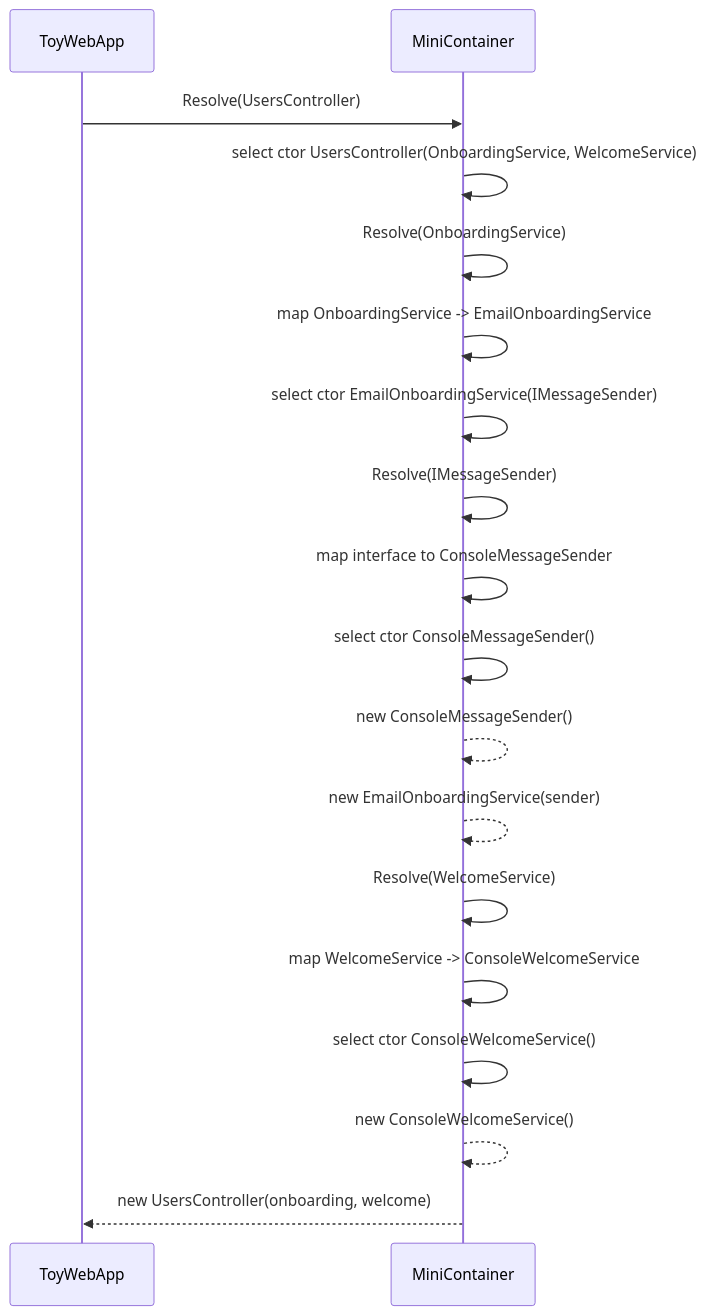
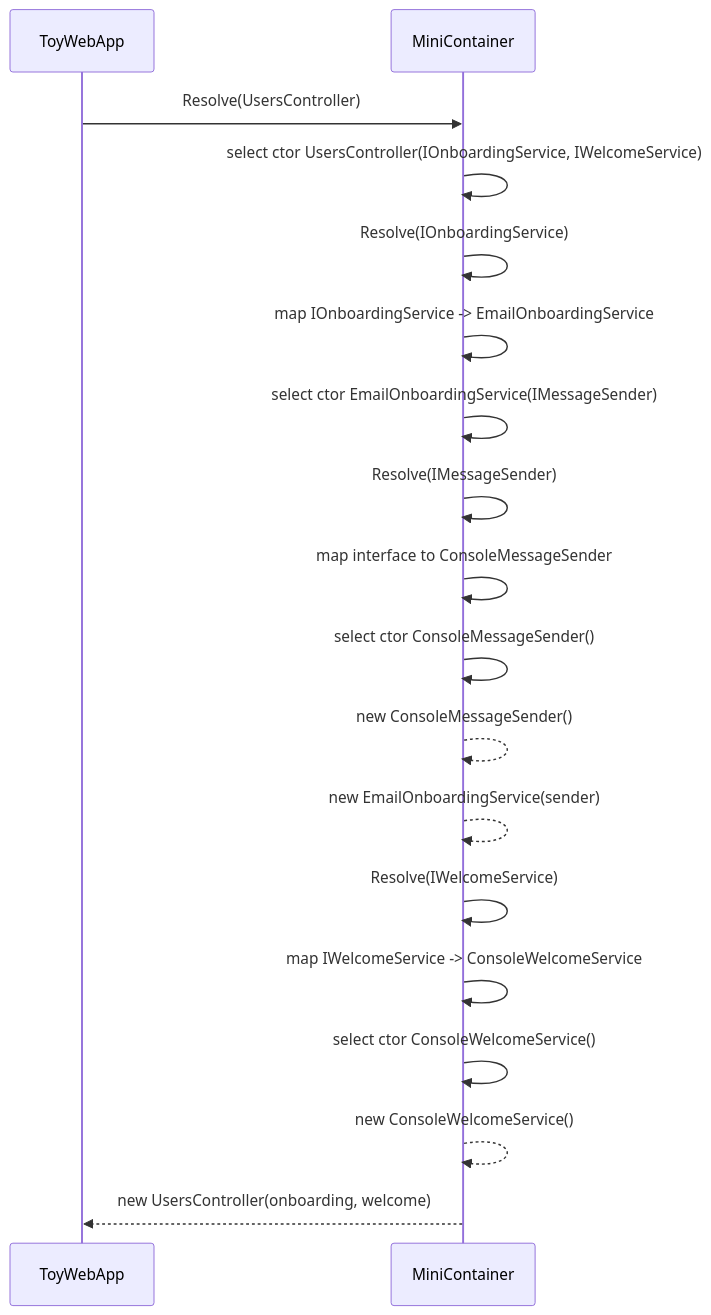
One commit to jeff-adkisson/swe-4743-spring-2026-oo-design changed diagram 19 of 22 in presentations/10-dependency-injection.md. Above: the diagram before and after it, drawn with Mermaid. The commit also changed other lines of this file, not shown here.

````diff
--- a/presentations/10-dependency-injection.md
+++ b/presentations/10-dependency-injection.md
@@ -1164,21 +1164,21 @@
 ```mermaid
 sequenceDiagram
 participant App as ToyWebApp
 participant C as MiniContainer
 
 App->>C: Resolve(UsersController)
-C->>C: select ctor UsersController(OnboardingService, WelcomeService)
-C->>C: Resolve(OnboardingService)
-C->>C: map OnboardingService -> EmailOnboardingService
+C->>C: select ctor UsersController(IOnboardingService, IWelcomeService)
+C->>C: Resolve(IOnboardingService)
+C->>C: map IOnboardingService -> EmailOnboardingService
 C->>C: select ctor EmailOnboardingService(IMessageSender)
 C->>C: Resolve(IMessageSender)
 C->>C: map interface to ConsoleMessageSender
 C->>C: select ctor ConsoleMessageSender()
 C-->>C: new ConsoleMessageSender()
 C-->>C: new EmailOnboardingService(sender)
-C->>C: Resolve(WelcomeService)
-C->>C: map WelcomeService -> ConsoleWelcomeService
+C->>C: Resolve(IWelcomeService)
+C->>C: map IWelcomeService -> ConsoleWelcomeService
 C->>C: select ctor ConsoleWelcomeService()
 C-->>C: new ConsoleWelcomeService()
 C-->>App: new UsersController(onboarding, welcome)
 ```
````
